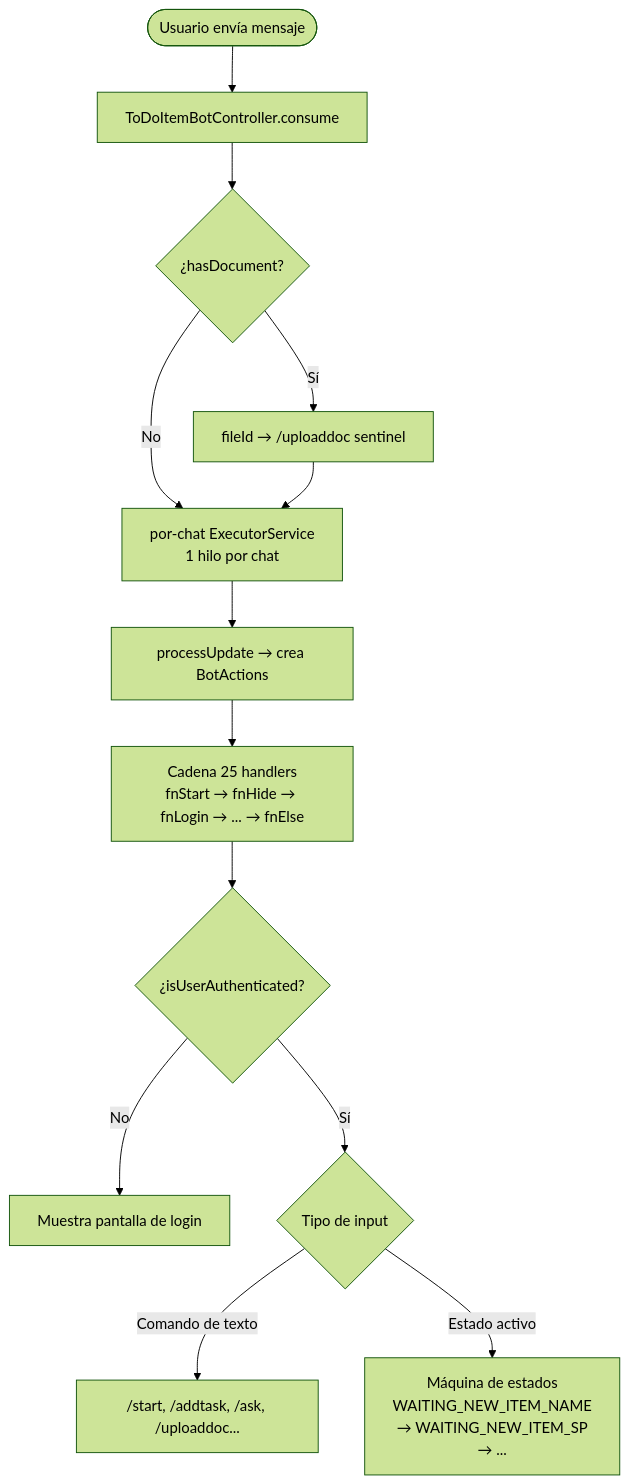
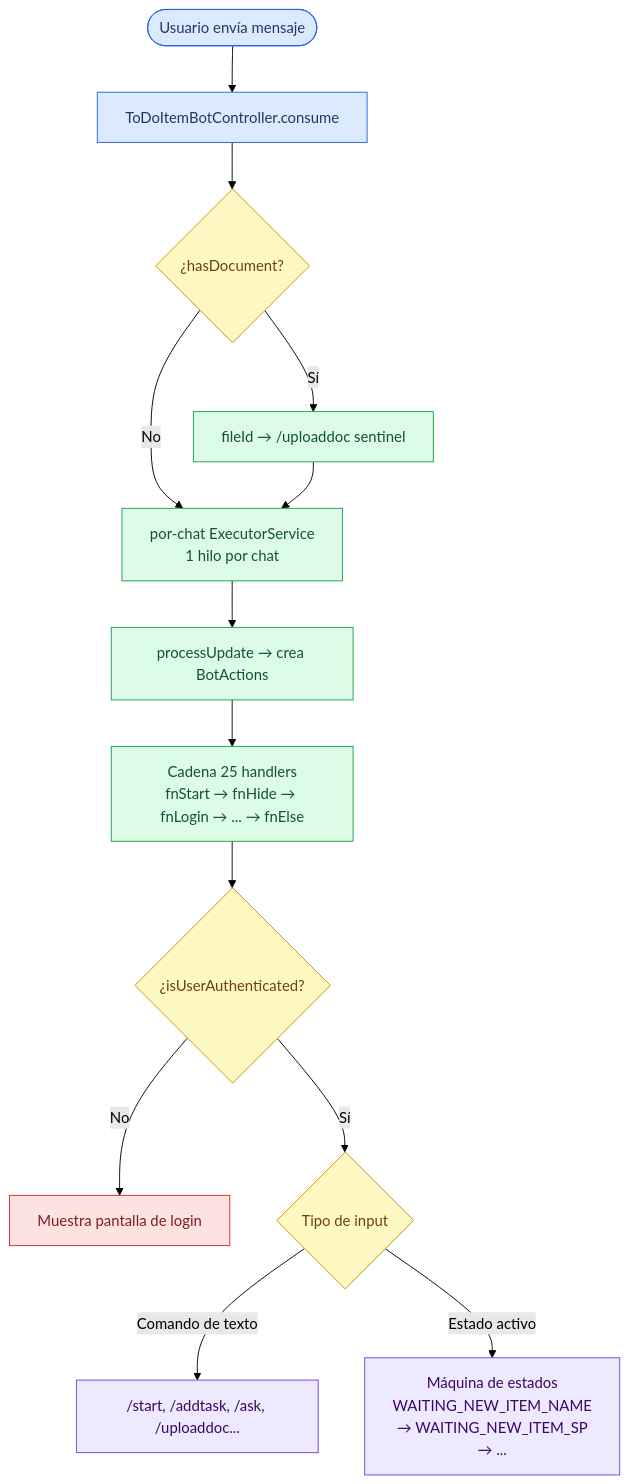
Before and after one commit to LosPapois/LosPapois_TaskTuner: the first of 2 diagrams in website/docs/flows/bot.md, drawn with Mermaid (forest theme). The commit also changed other lines of this file and 6 other files, not shown here.

First line of the commit message:
feat(docs): add colors to all Mermaid diagrams

````diff
--- a/website/docs/flows/bot.md
+++ b/website/docs/flows/bot.md
@@ -9,15 +9,27 @@
 ```mermaid
 flowchart TD
     Msg([Usuario envía mensaje]) --> Ctrl[ToDoItemBotController.consume]
     Ctrl --> HasDoc{¿hasDocument?}
     HasDoc -->|Sí| Sentinel["fileId → /uploaddoc sentinel"]
     HasDoc -->|No| Exec["por-chat ExecutorService\n1 hilo por chat"]
     Sentinel --> Exec
     Exec --> Process[processUpdate → crea BotActions]
     Process --> Chain["Cadena 25 handlers\nfnStart → fnHide → fnLogin → ... → fnElse"]
     Chain --> Auth{¿isUserAuthenticated?}
     Auth -->|No| LoginScreen[Muestra pantalla de login]
     Auth -->|Sí| Dispatch{Tipo de input}
     Dispatch -->|Comando de texto| Cmd["/start, /addtask, /ask, /uploaddoc..."]
     Dispatch -->|Estado activo| State["Máquina de estados\nWAITING_NEW_ITEM_NAME\n→ WAITING_NEW_ITEM_SP\n→ ..."]
+
+    classDef trigger fill:#DBEAFE,stroke:#2563EB,color:#1E3A5F
+    classDef process fill:#DCFCE7,stroke:#16A34A,color:#14532D
+    classDef decision fill:#FEF9C3,stroke:#CA8A04,color:#713F12
+    classDef state fill:#EDE9FE,stroke:#7C3AED,color:#3B0764
+    classDef error fill:#FEE2E2,stroke:#DC2626,color:#7F1D1D
+
+    class Msg,Ctrl trigger
+    class Exec,Process,Chain,Sentinel process
+    class HasDoc,Auth,Dispatch decision
+    class Cmd,State state
+    class LoginScreen error
 ```
````
